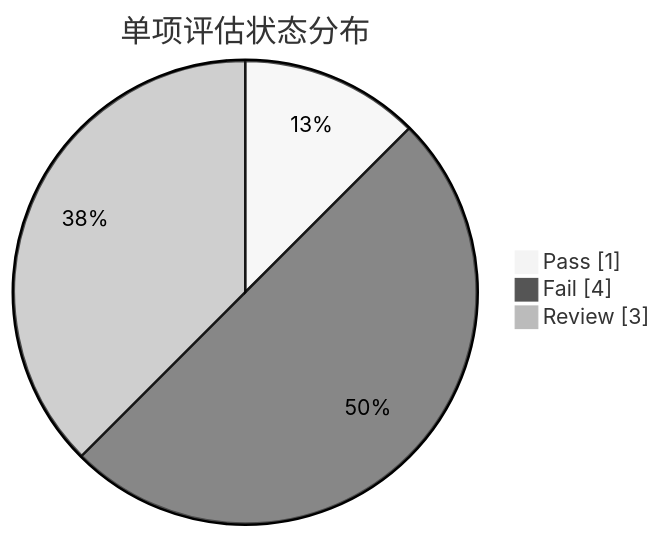
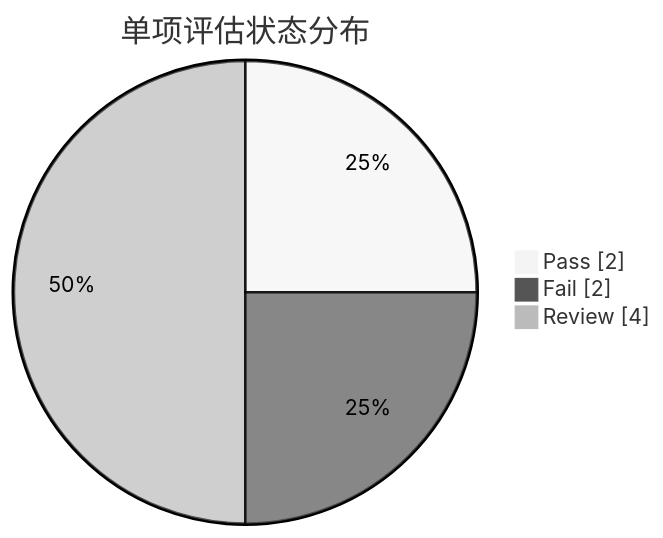
The first of 2 diagrams in IT Compliance/evidences identification/sample_control_eval_report.md (hardyfu/AI-tools), drawn with Mermaid (neutral theme) before and after one commit. The commit also changed other lines of this file and 5 other files, not shown here.

````diff
--- a/IT Compliance/evidences identification/sample_control_eval_report.md
+++ b/IT Compliance/evidences identification/sample_control_eval_report.md
@@ -13,7 +13,7 @@
 ```mermaid
 pie showData
     title 单项评估状态分布
-    "Pass" : 1
-    "Fail" : 4
-    "Review" : 3
+    "Pass" : 2
+    "Fail" : 2
+    "Review" : 4
 ```
````
